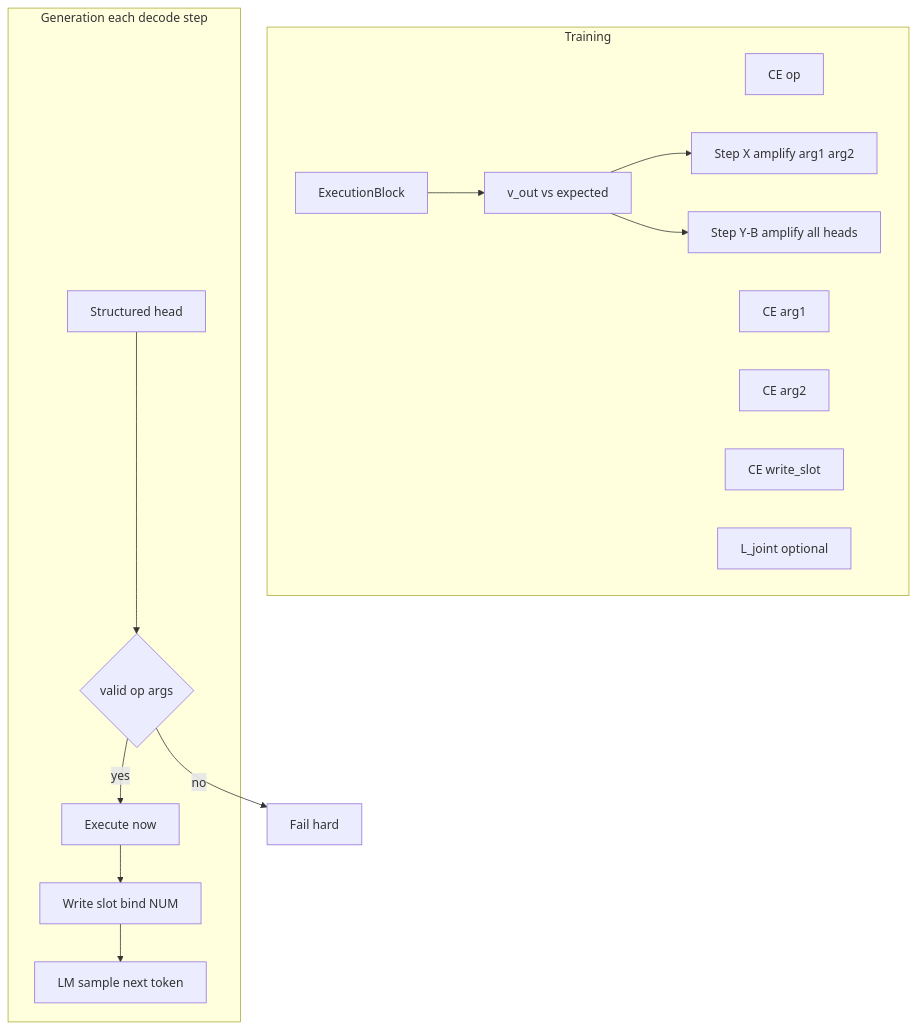
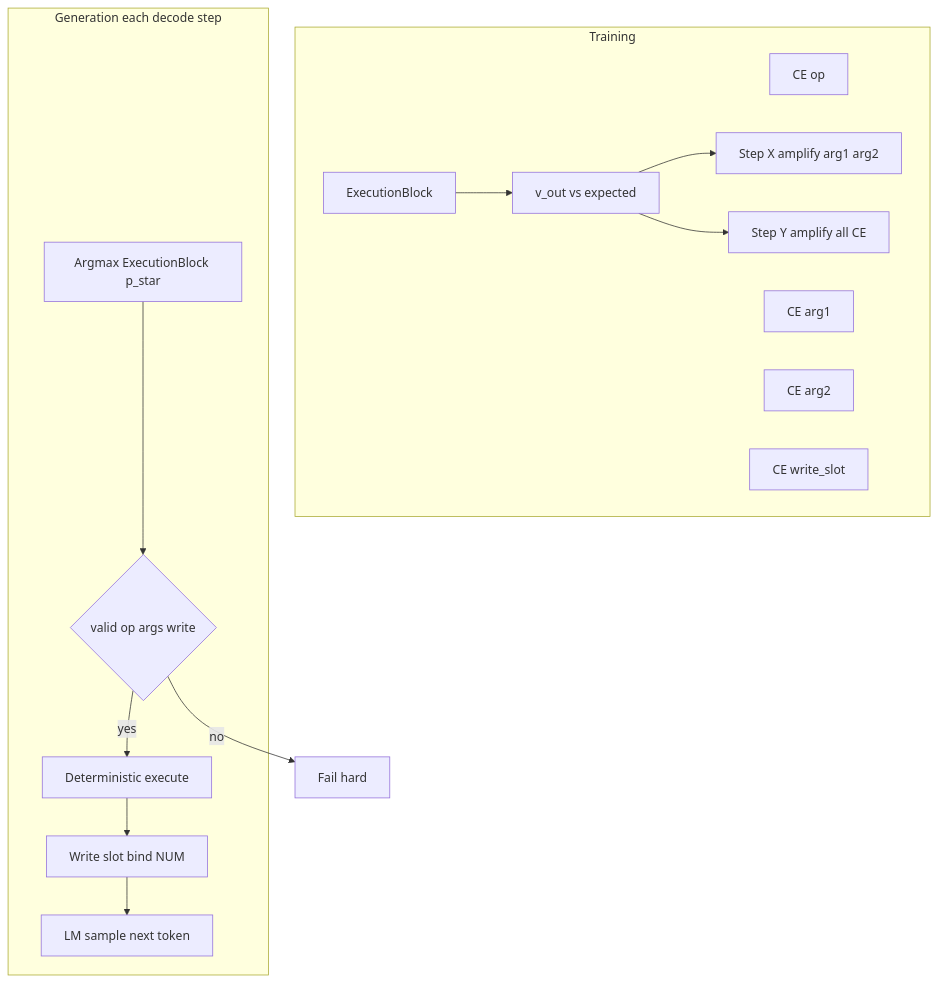
The diagram in .cursor/plans/execution-first_numeric_refactor_6c99d23f.plan.md (Reaper3825/G.R.I.M), drawn with Mermaid before and after one commit. The commit also changed other lines of this file and 19 other files, not shown here.

First line of the commit message:
Refactor execution-first numeric reasoning system and enhance ExecutionBlock

````diff
--- a/.cursor/plans/execution-first_numeric_refactor_6c99d23f.plan.md
+++ b/.cursor/plans/execution-first_numeric_refactor_6c99d23f.plan.md
@@ -206,29 +441,28 @@
 ```mermaid
 flowchart TB
   subgraph train [Training]
     CEop[CE op]
     CEa1[CE arg1]
     CEa2[CE arg2]
     CEw[CE write_slot]
-    Ljoint[L_joint optional]
     EBt[ExecutionBlock]
     ExecCheck[v_out vs expected]
     AmpNarrow[Step X amplify arg1 arg2]
-    AmpAll[Step Y-B amplify all heads]
+    AmpAll[Step Y amplify all CE]
   end
   subgraph gen ["Generation each decode step"]
-    SHg[Structured head]
-    Val{"valid op args"}
-    EBg[Execute now]
+    Dec[Argmax ExecutionBlock p_star]
+    Val{"valid op args write"}
+    EBg[Deterministic execute]
     Write[Write slot bind NUM]
     LM[LM sample next token]
   end
   EBt --> ExecCheck
   ExecCheck --> AmpNarrow
   ExecCheck --> AmpAll
-  SHg --> Val
+  Dec --> Val
   Val -->|yes| EBg
   EBg --> Write
   Write --> LM
   Val -->|no| Fail[Fail hard]
 ```
````
